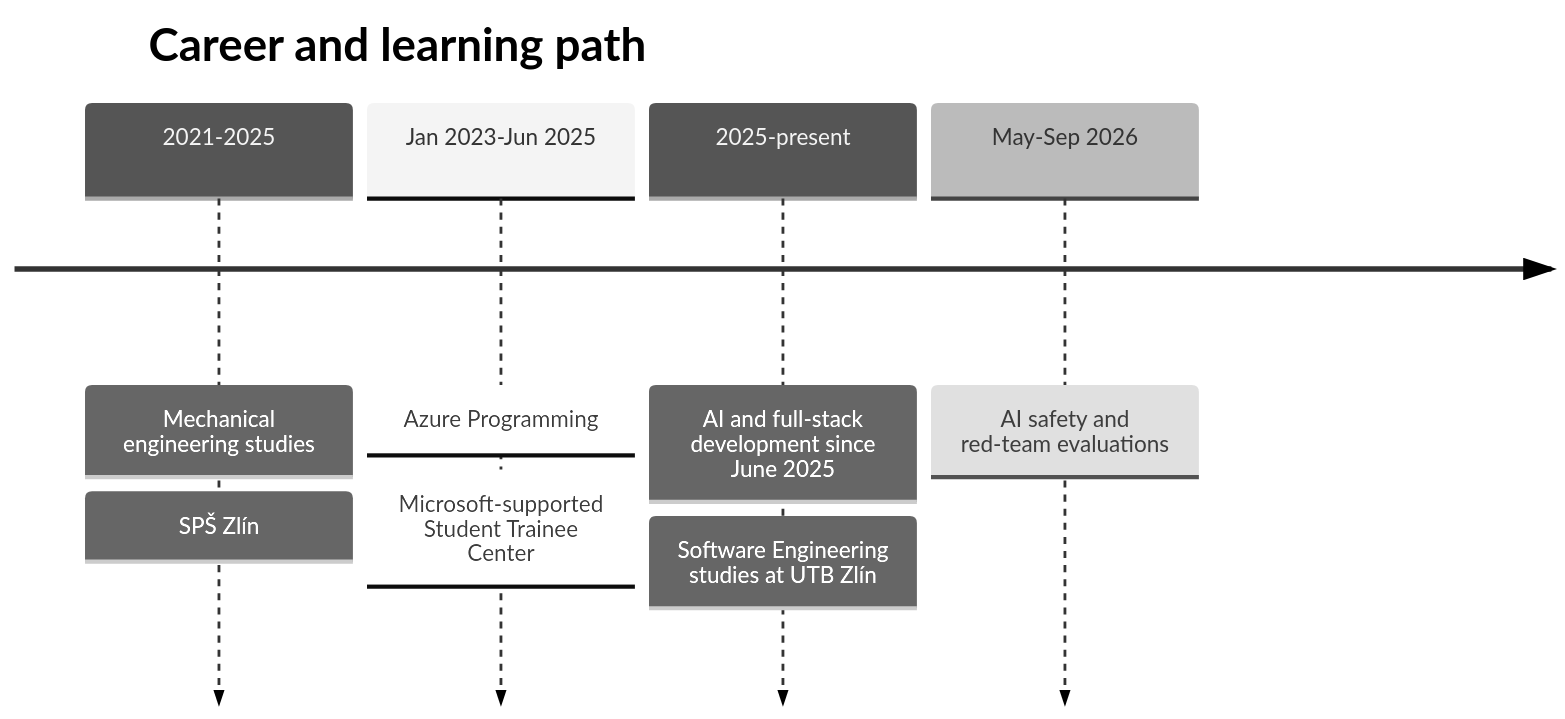
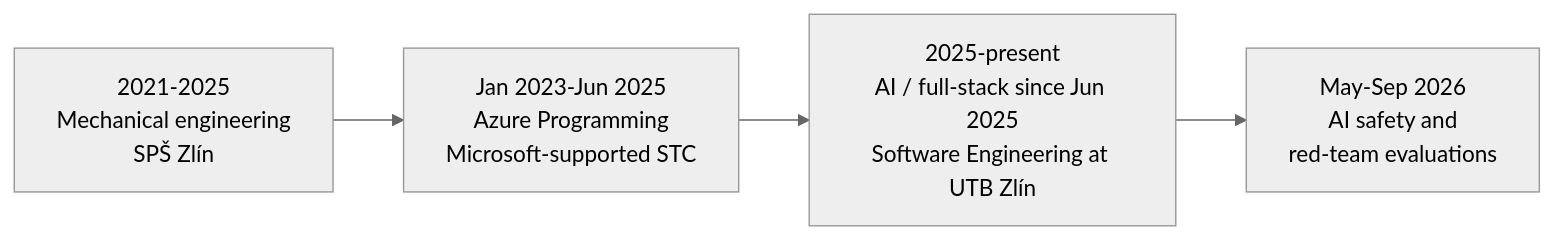
The diagram in README.md (Majkey25/Majkey25), drawn with Mermaid (neutral theme) before and after one commit. The commit also changed other lines of this file, not shown here.

Commit message:
fix: clarify profile tip and flatten career roadmap

```diff
--- a/README.md
+++ b/README.md
@@ -87,11 +87,6 @@
 ~~~mermaid
-timeline
-    title Career and learning path
-    2021-2025 : Mechanical engineering studies
-              : SPŠ Zlín
-    Jan 2023-Jun 2025 : Azure Programming
-                     : Microsoft-supported Student Trainee Center
-    2025-present : AI and full-stack development since June 2025
-                 : Software Engineering studies at UTB Zlín
-    May-Sep 2026 : AI safety and red-team evaluations
+flowchart LR
+    A["2021-2025<br/>Mechanical engineering<br/>SPŠ Zlín"] --> B["Jan 2023-Jun 2025<br/>Azure Programming<br/>Microsoft-supported STC"]
+    B --> C["2025-present<br/>AI / full-stack since Jun 2025<br/>Software Engineering at UTB Zlín"]
+    C --> D["May-Sep 2026<br/>AI safety and<br/>red-team evaluations"]
 ~~~
```
